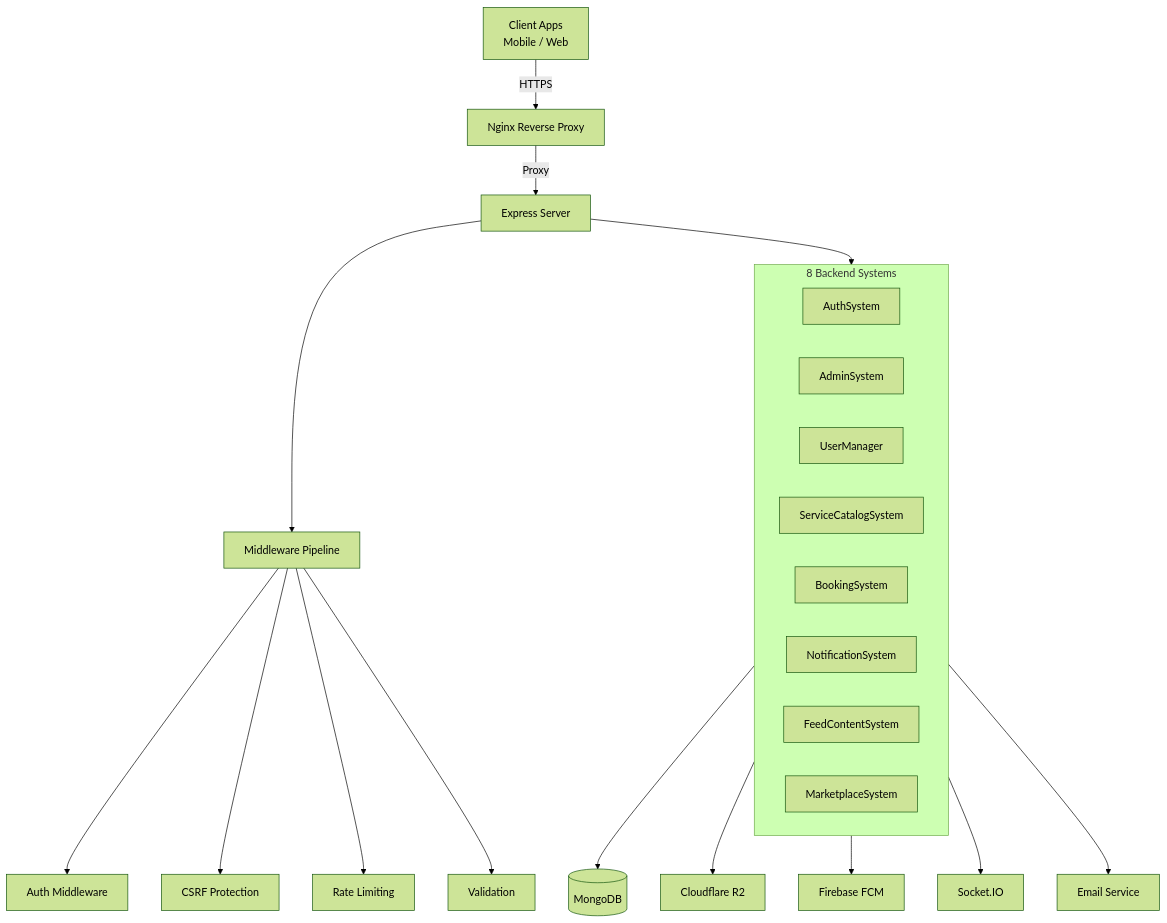
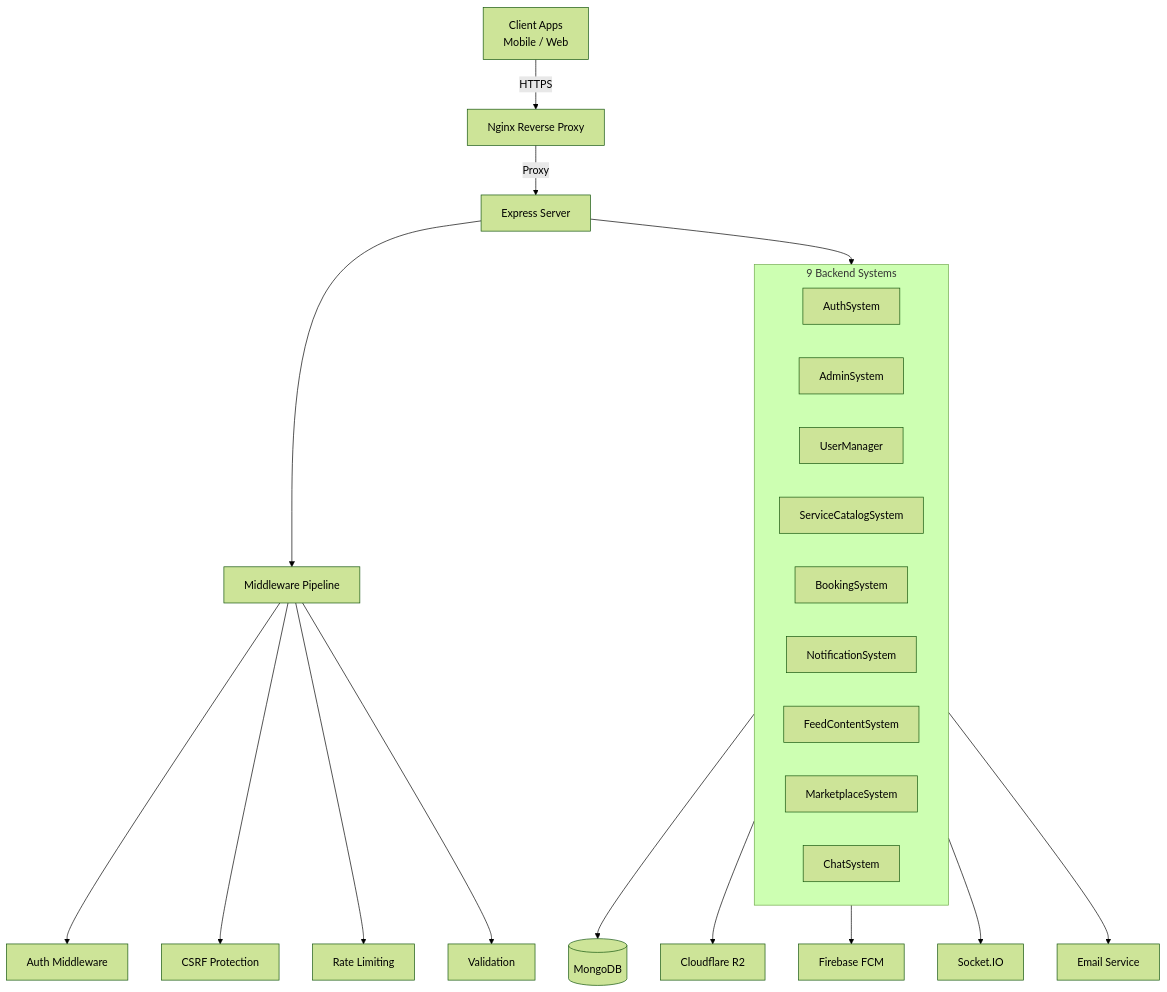
Before and after one commit to Frame-Ecosystem/Frame-Backend: the first of 2 diagrams in README.md, drawn with Mermaid (forest theme). The commit also changed other lines of this file and 57 other files, not shown here.

````diff
--- a/README.md
+++ b/README.md
@@ -95,30 +95,31 @@
 ```mermaid
 graph TB
     Client[Client Apps<br/>Mobile / Web] -->|HTTPS| Nginx[Nginx Reverse Proxy]
     Nginx -->|Proxy| Express[Express Server]
     
     Express --> MW[Middleware Pipeline]
     MW --> Auth[Auth Middleware]
     MW --> CSRF[CSRF Protection]
     MW --> RL[Rate Limiting]
     MW --> Val[Validation]
     
     Express --> Systems
 
-    subgraph Systems[8 Backend Systems]
+    subgraph Systems[9 Backend Systems]
         AS[AuthSystem]
         AD[AdminSystem]
         UM[UserManager]
         SC[ServiceCatalogSystem]
         BS[BookingSystem]
         NS[NotificationSystem]
         FC[FeedContentSystem]
         MP[MarketplaceSystem]
+        CS[ChatSystem]
     end
 
     Systems --> DB[(MongoDB)]
     Systems --> R2[Cloudflare R2]
     Systems --> FCM[Firebase FCM]
     Systems --> SIO[Socket.IO]
     Systems --> Email[Email Service]
 ```
````
